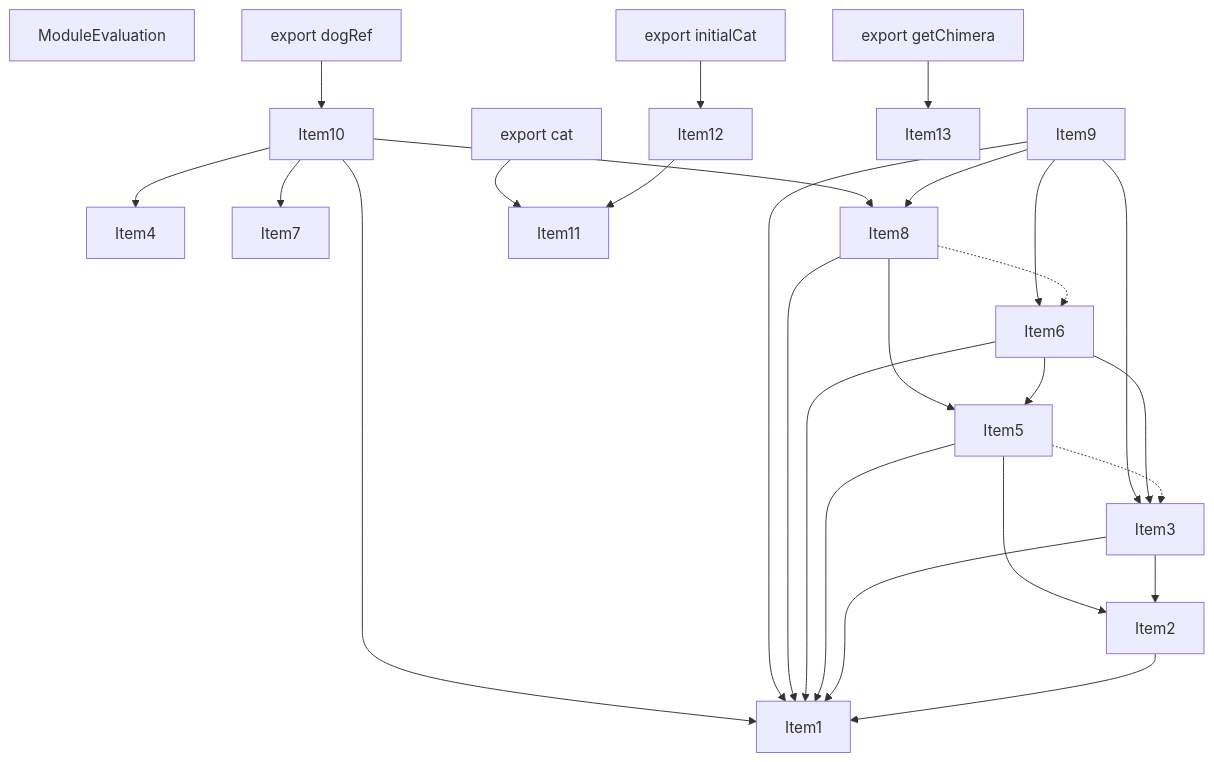
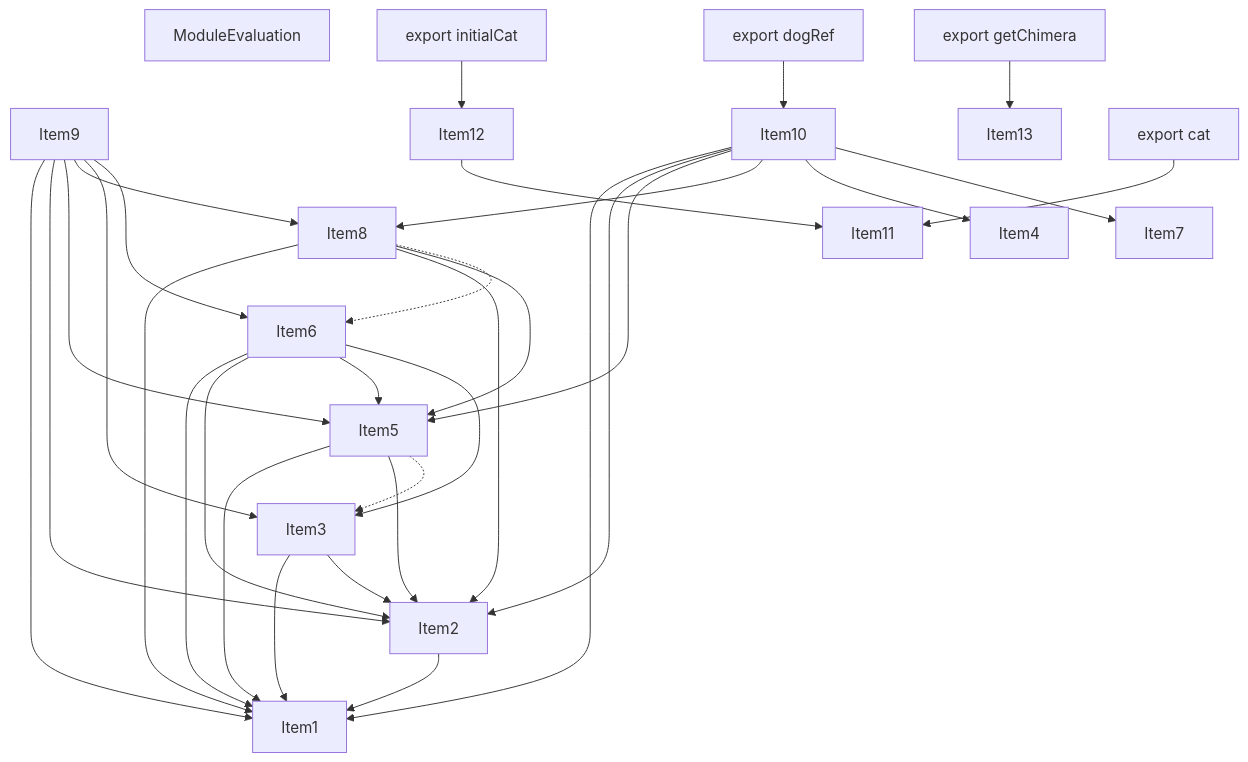
One commit to vercel/turborepo changed the second of 5 diagrams in crates/turbopack-ecmascript/tests/tree-shaker/analyzer/complex/output.md. Above: the diagram before and after it, drawn with Mermaid. The commit also changed other lines of this file and 9 other files, not shown here.

````diff
--- a/crates/turbopack-ecmascript/tests/tree-shaker/analyzer/complex/output.md
+++ b/crates/turbopack-ecmascript/tests/tree-shaker/analyzer/complex/output.md
@@ -181,51 +181,57 @@
 ```mermaid
 graph TD
     Item1;
     Item2;
     Item3;
     Item4;
     Item5;
     Item6;
     Item7;
     Item8;
     Item9;
     Item10;
     Item11;
     Item12;
     Item13;
     Item14;
     Item14["ModuleEvaluation"];
     Item15;
     Item15["export dogRef"];
     Item16;
     Item16["export cat"];
     Item17;
     Item17["export initialCat"];
     Item18;
     Item18["export getChimera"];
     Item2 --> Item1;
+    Item3 --> Item1;
     Item3 --> Item2;
-    Item3 --> Item1;
+    Item5 --> Item1;
     Item5 --> Item2;
-    Item5 --> Item1;
     Item5 -.-> Item3;
+    Item6 --> Item1;
+    Item6 --> Item2;
     Item6 --> Item5;
-    Item6 --> Item1;
     Item6 --> Item3;
+    Item8 --> Item1;
+    Item8 --> Item2;
     Item8 --> Item5;
-    Item8 --> Item1;
     Item8 -.-> Item6;
+    Item9 --> Item1;
+    Item9 --> Item2;
+    Item9 --> Item5;
     Item9 --> Item8;
-    Item9 --> Item1;
     Item9 --> Item3;
     Item9 --> Item6;
+    Item10 --> Item1;
+    Item10 --> Item2;
+    Item10 --> Item5;
     Item10 --> Item8;
-    Item10 --> Item1;
     Item10 --> Item4;
     Item10 --> Item7;
     Item12 --> Item11;
     Item15 --> Item10;
     Item16 --> Item11;
     Item17 --> Item12;
     Item18 --> Item13;
 ```
````
